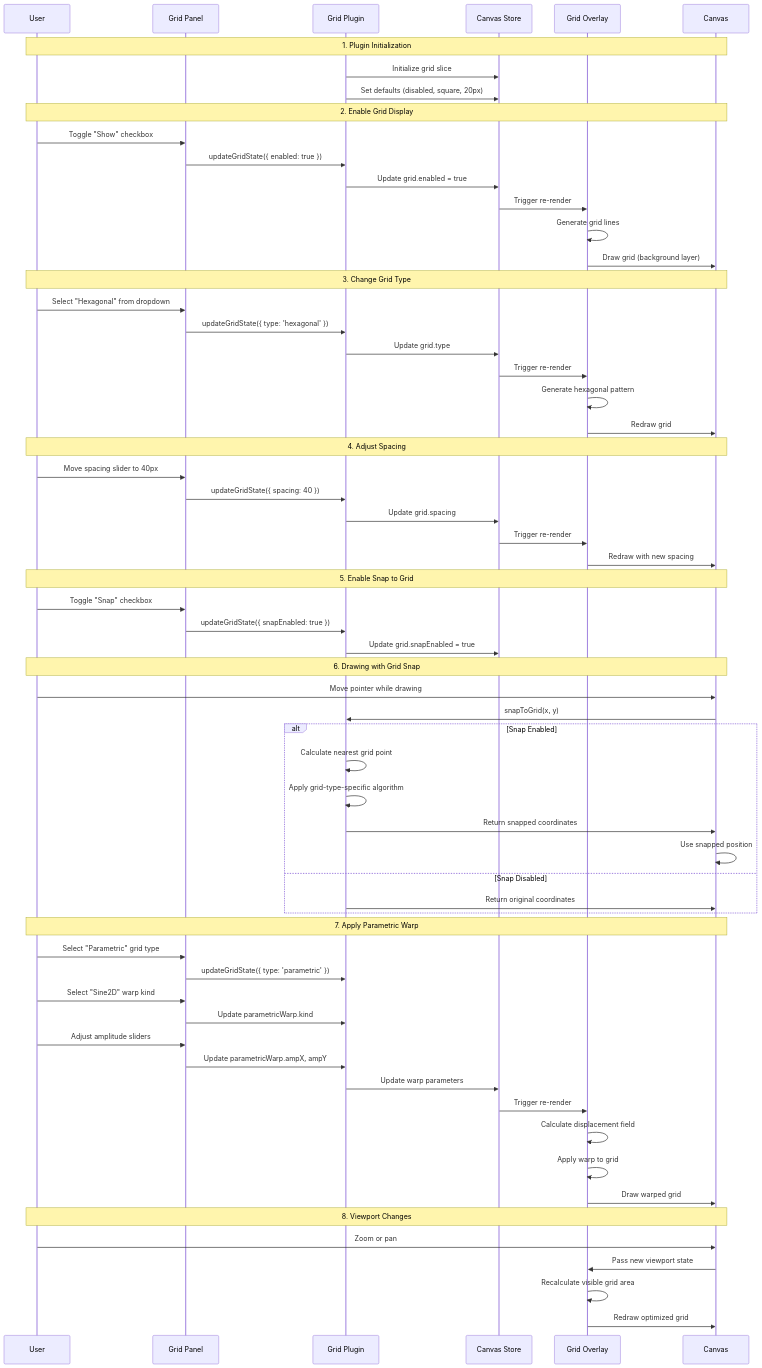
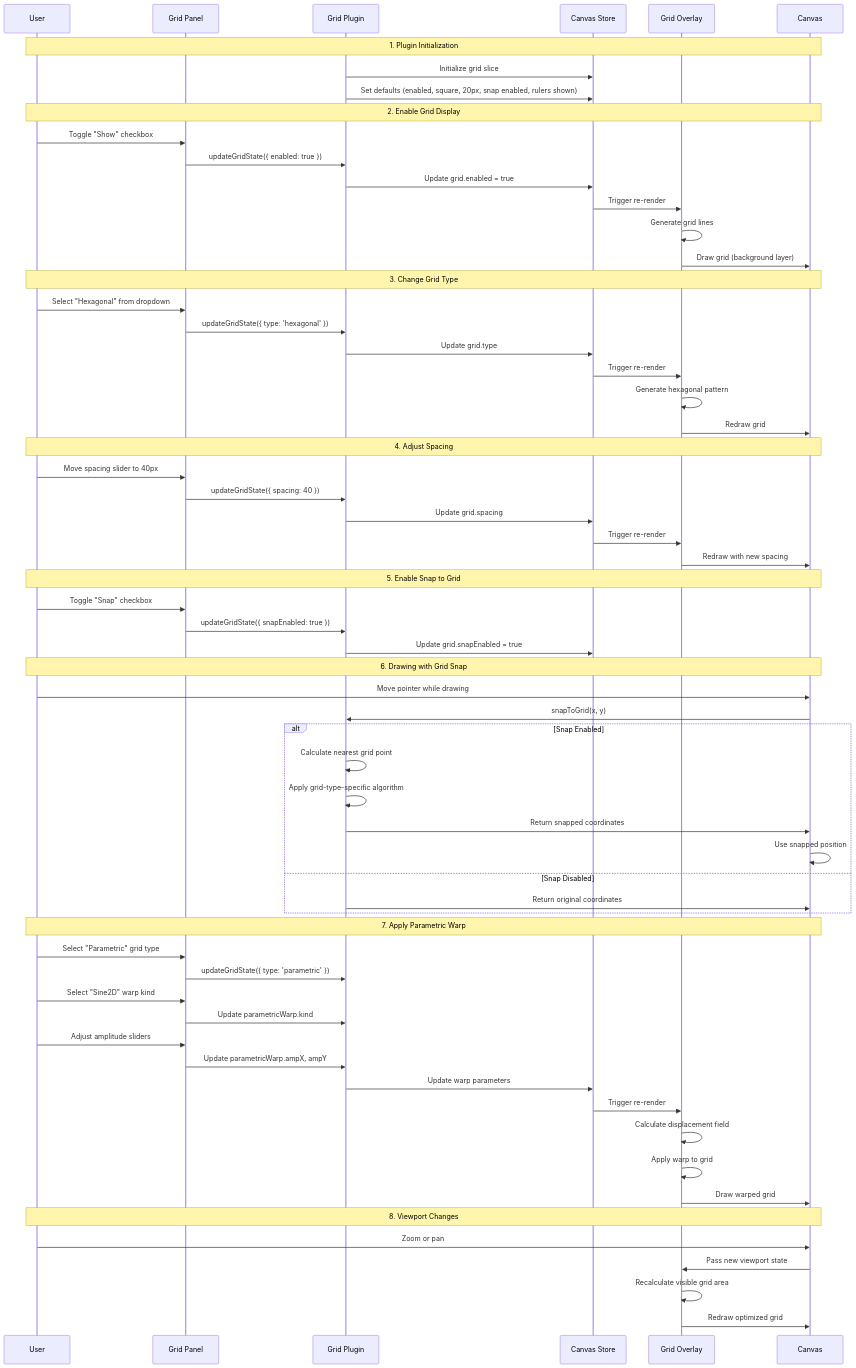
Before and after one commit to ekrsulov/ttpe: the first of 4 diagrams in doc/docs/plugins/catalog/grid.md, drawn with Mermaid. The commit also changed 3 other files, not shown here.

````diff
--- a/doc/docs/plugins/catalog/grid.md
+++ b/doc/docs/plugins/catalog/grid.md
@@ -25,73 +25,73 @@
 ```mermaid
 sequenceDiagram
     participant User
     participant UI as Grid Panel
     participant GP as Grid Plugin
     participant Store as Canvas Store
     participant Overlay as Grid Overlay
     participant Canvas
     
     Note over User,Canvas: 1. Plugin Initialization
     GP->>Store: Initialize grid slice
-    GP->>Store: Set defaults (disabled, square, 20px)
+    GP->>Store: Set defaults (enabled, square, 20px, snap enabled, rulers shown)
     
     Note over User,Canvas: 2. Enable Grid Display
     User->>UI: Toggle "Show" checkbox
     UI->>GP: updateGridState({ enabled: true })
     GP->>Store: Update grid.enabled = true
     Store->>Overlay: Trigger re-render
     Overlay->>Overlay: Generate grid lines
     Overlay->>Canvas: Draw grid (background layer)
     
     Note over User,Canvas: 3. Change Grid Type
     User->>UI: Select "Hexagonal" from dropdown
     UI->>GP: updateGridState({ type: 'hexagonal' })
     GP->>Store: Update grid.type
     Store->>Overlay: Trigger re-render
     Overlay->>Overlay: Generate hexagonal pattern
     Overlay->>Canvas: Redraw grid
     
     Note over User,Canvas: 4. Adjust Spacing
     User->>UI: Move spacing slider to 40px
     UI->>GP: updateGridState({ spacing: 40 })
     GP->>Store: Update grid.spacing
     Store->>Overlay: Trigger re-render
     Overlay->>Canvas: Redraw with new spacing
     
     Note over User,Canvas: 5. Enable Snap to Grid
     User->>UI: Toggle "Snap" checkbox
     UI->>GP: updateGridState({ snapEnabled: true })
     GP->>Store: Update grid.snapEnabled = true
     
     Note over User,Canvas: 6. Drawing with Grid Snap
     User->>Canvas: Move pointer while drawing
     Canvas->>GP: snapToGrid(x, y)
     
     alt Snap Enabled
         GP->>GP: Calculate nearest grid point
         GP->>GP: Apply grid-type-specific algorithm
         GP->>Canvas: Return snapped coordinates
         Canvas->>Canvas: Use snapped position
     else Snap Disabled
         GP->>Canvas: Return original coordinates
     end
     
     Note over User,Canvas: 7. Apply Parametric Warp
     User->>UI: Select "Parametric" grid type
     UI->>GP: updateGridState({ type: 'parametric' })
     User->>UI: Select "Sine2D" warp kind
     UI->>GP: Update parametricWarp.kind
     User->>UI: Adjust amplitude sliders
     UI->>GP: Update parametricWarp.ampX, ampY
     GP->>Store: Update warp parameters
     Store->>Overlay: Trigger re-render
     Overlay->>Overlay: Calculate displacement field
     Overlay->>Overlay: Apply warp to grid
     Overlay->>Canvas: Draw warped grid
     
     Note over User,Canvas: 8. Viewport Changes
     User->>Canvas: Zoom or pan
     Canvas->>Overlay: Pass new viewport state
     Overlay->>Overlay: Recalculate visible grid area
     Overlay->>Canvas: Redraw optimized grid
 ```
````
